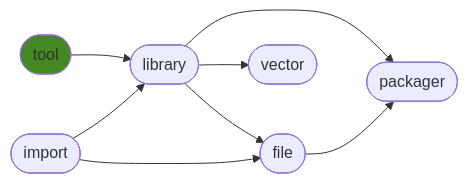
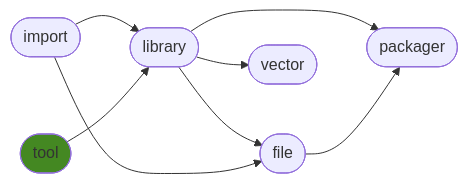
The diagram in README.md (ManderaGeneral/generaltool), drawn with Mermaid before and after one commit. The commit also changed other lines of this file, not shown here.

````diff
--- a/README.md
+++ b/README.md
@@ -23,17 +23,17 @@
 ```mermaid
 flowchart LR
 2([library]) --> 5([packager])
+0([import]) --> 2([library])
 2([library]) --> 3([file])
+3([file]) --> 5([packager])
+2([library]) --> 4([vector])
+1([tool]) --> 2([library])
 0([import]) --> 3([file])
-2([library]) --> 4([vector])
-3([file]) --> 5([packager])
-1([tool]) --> 2([library])
-0([import]) --> 2([library])
 click 0 "https://github.com/ManderaGeneral/generalimport"
 click 1 "https://github.com/ManderaGeneral/generaltool"
 click 2 "https://github.com/ManderaGeneral/generallibrary"
 click 3 "https://github.com/ManderaGeneral/generalfile"
 click 4 "https://github.com/ManderaGeneral/generalvector"
 click 5 "https://github.com/ManderaGeneral/generalpackager"
 style 1 fill:#482
 ```
````
